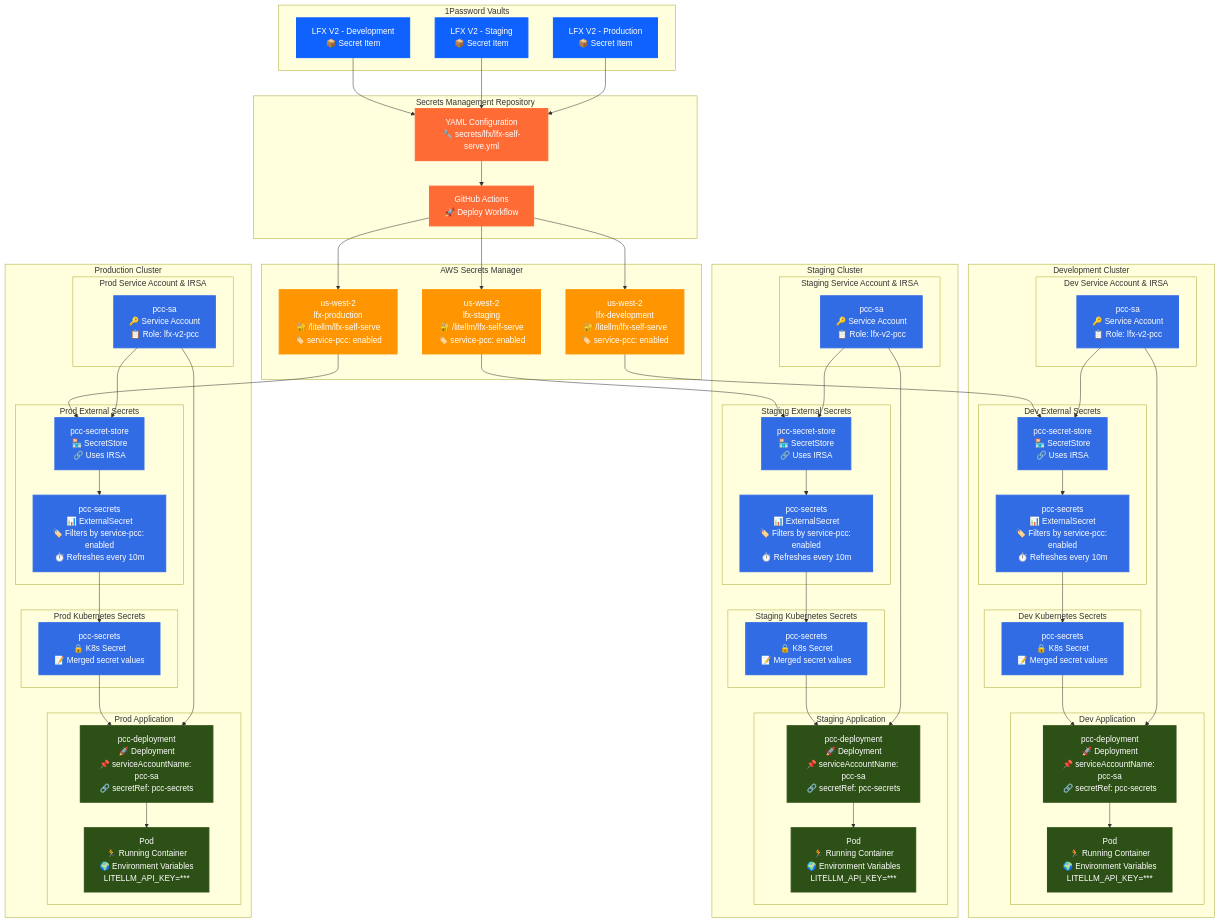
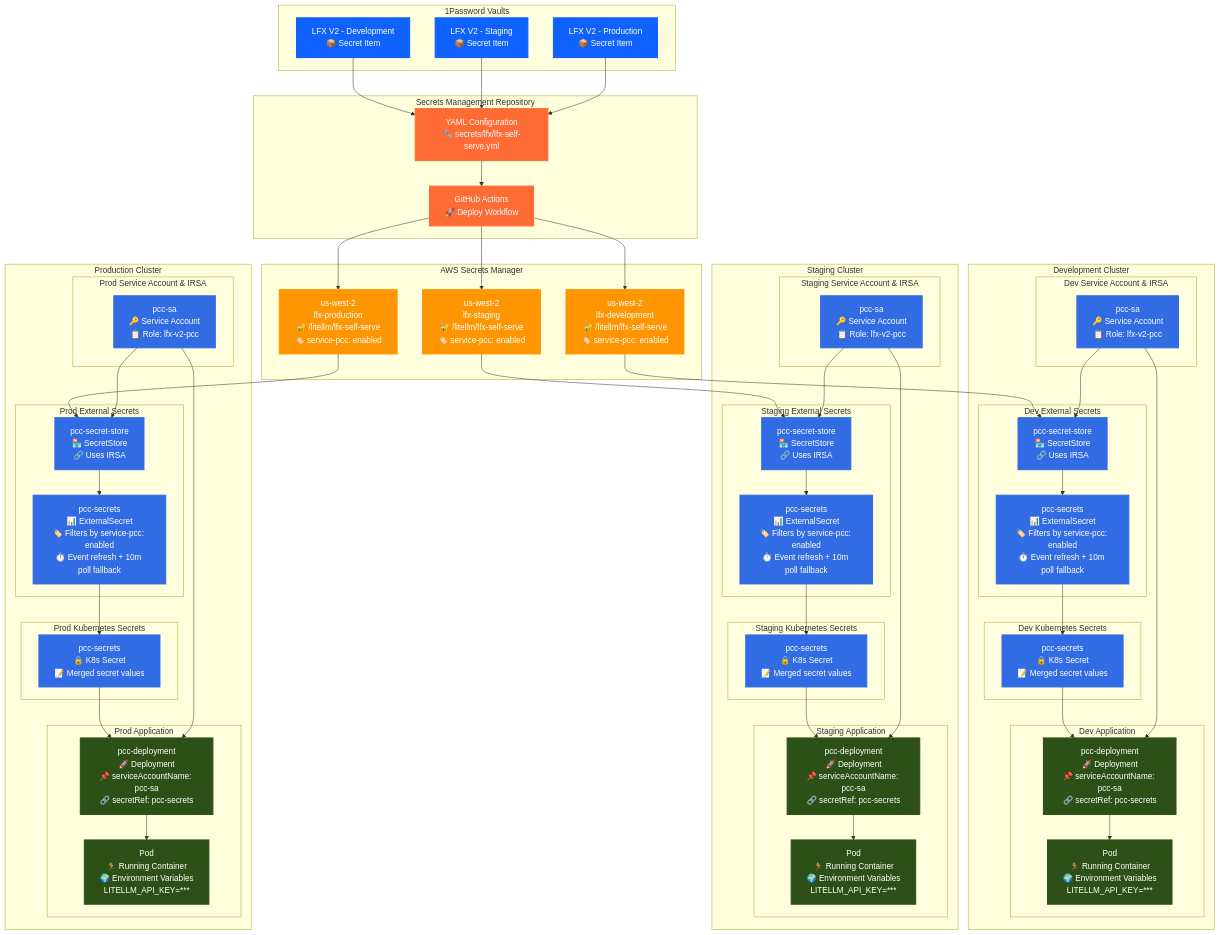
Before and after one commit to linuxfoundation/lfx-engineering: the diagram in lfx_one/secrets-management.md, drawn with Mermaid. The commit also changed other lines of this file, not shown here.

```diff
--- a/lfx_one/secrets-management.md
+++ b/lfx_one/secrets-management.md
@@ -96,7 +101,7 @@
 
         subgraph "Dev External Secrets"
             SS1["pcc-secret-store<br/>🏪 SecretStore<br/>🔗 Uses IRSA"]
-            ES1["pcc-secrets<br/>📊 ExternalSecret<br/>🏷️ Filters by service-pcc: enabled<br/>⏱️ Refreshes every 10m"]
+            ES1["pcc-secrets<br/>📊 ExternalSecret<br/>🏷️ Filters by service-pcc: enabled<br/>⏱️ Event refresh + 10m poll fallback"]
         end
 
         subgraph "Dev Kubernetes Secrets"
@@ -116,7 +121,7 @@
 
         subgraph "Staging External Secrets"
             SS2["pcc-secret-store<br/>🏪 SecretStore<br/>🔗 Uses IRSA"]
-            ES2["pcc-secrets<br/>📊 ExternalSecret<br/>🏷️ Filters by service-pcc: enabled<br/>⏱️ Refreshes every 10m"]
+            ES2["pcc-secrets<br/>📊 ExternalSecret<br/>🏷️ Filters by service-pcc: enabled<br/>⏱️ Event refresh + 10m poll fallback"]
         end
 
         subgraph "Staging Kubernetes Secrets"
@@ -136,7 +141,7 @@
 
         subgraph "Prod External Secrets"
             SS3["pcc-secret-store<br/>🏪 SecretStore<br/>🔗 Uses IRSA"]
-            ES3["pcc-secrets<br/>📊 ExternalSecret<br/>🏷️ Filters by service-pcc: enabled<br/>⏱️ Refreshes every 10m"]
+            ES3["pcc-secrets<br/>📊 ExternalSecret<br/>🏷️ Filters by service-pcc: enabled<br/>⏱️ Event refresh + 10m poll fallback"]
         end
 
         subgraph "Prod Kubernetes Secrets"
```
